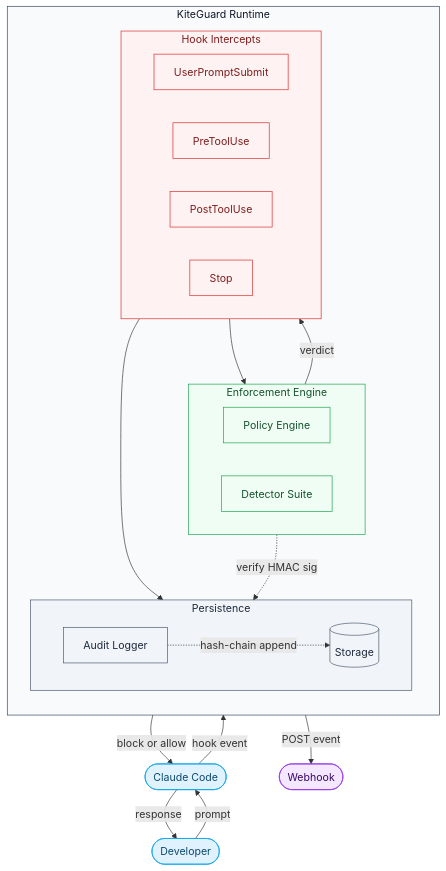
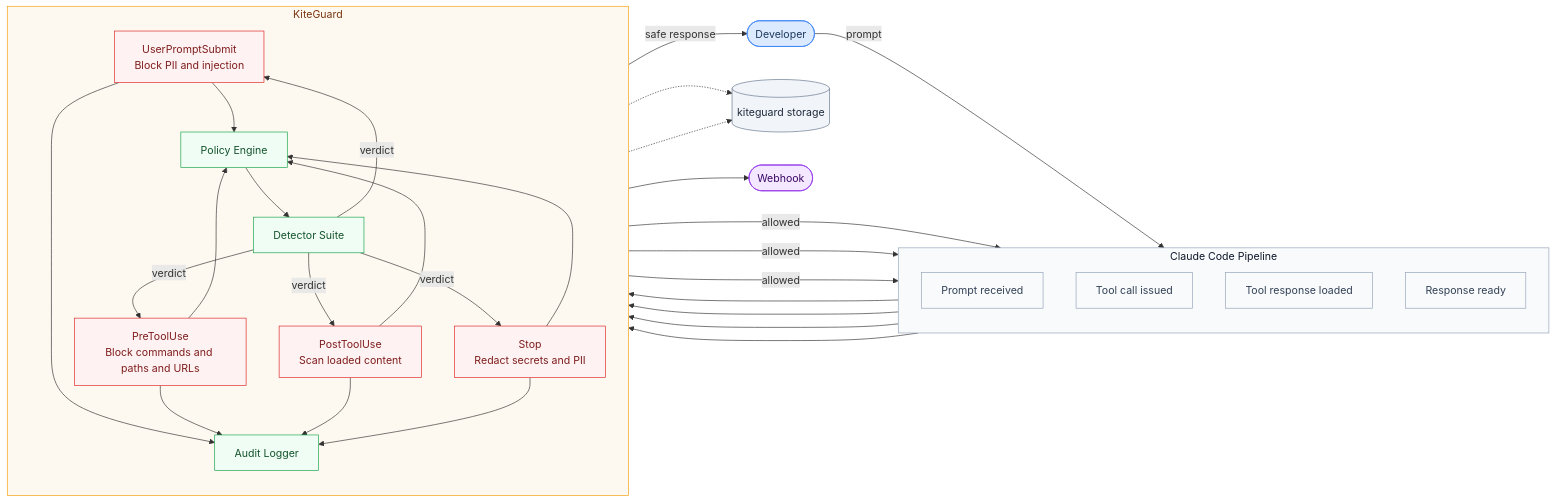
Before and after one commit to DhivakaranRavi/kiteguard: the diagram in README.md, drawn with Mermaid.

Commit message:
docs: redesign architecture diagram with pipeline and enforcement columns

````diff
--- a/README.md
+++ b/README.md
@@ -54,61 +54,74 @@
 ```mermaid
-graph TD
+graph LR
     DEV([Developer])
-    CC([Claude Code])
 
-    DEV -->|prompt| CC
-    CC  -->|hook event| KG
-    KG  -->|block or allow| CC
-    CC  -->|response| DEV
-
-    subgraph KG[KiteGuard Runtime]
+    subgraph PIPELINE[Claude Code Pipeline]
         direction TB
-
-        subgraph HOOKS[Hook Intercepts]
-            direction LR
-            H1[UserPromptSubmit]
-            H2[PreToolUse]
-            H3[PostToolUse]
-            H4[Stop]
-        end
-
-        subgraph ENGINE[Enforcement Engine]
-            direction LR
-            PE[Policy Engine]
-            DET[Detector Suite]
-        end
-
-        subgraph PERSIST[Persistence]
-            direction LR
-            LOG[Audit Logger]
-            STORE[(Storage)]
-        end
-
-        HOOKS --> ENGINE
-        ENGINE -->|verdict| HOOKS
-        HOOKS --> LOG
-        PE -.->|verify HMAC sig| STORE
-        LOG -.->|hash-chain append| STORE
+        P1[Prompt received]
+        P2[Tool call issued]
+        P3[Tool response loaded]
+        P4[Response ready]
     end
 
-    LOG -->|POST event| WH([Webhook])
+    subgraph KG[KiteGuard]
+        direction TB
+        H1[UserPromptSubmit\nBlock PII and injection]
+        H2[PreToolUse\nBlock commands and paths and URLs]
+        H3[PostToolUse\nScan loaded content]
+        H4[Stop\nRedact secrets and PII]
+        PE[Policy Engine]
+        DET[Detector Suite]
+        LOG[Audit Logger]
+    end
 
-    style DEV  fill:#e0f2fe,stroke:#0ea5e9,color:#0c4a6e
-    style CC   fill:#e0f2fe,stroke:#0ea5e9,color:#0c4a6e
-    style WH   fill:#f3e8ff,stroke:#9333ea,color:#3b0764
+    STORE[(kiteguard storage)]
+    WH([Webhook])
 
-    style KG    fill:#f8fafc,stroke:#334155,color:#0f172a
-    style HOOKS fill:#fef2f2,stroke:#dc2626,color:#7f1d1d
-    style H1    fill:#fef2f2,stroke:#dc2626,color:#7f1d1d
-    style H2    fill:#fef2f2,stroke:#dc2626,color:#7f1d1d
-    style H3    fill:#fef2f2,stroke:#dc2626,color:#7f1d1d
-    style H4    fill:#fef2f2,stroke:#dc2626,color:#7f1d1d
+    DEV -->|prompt| P1
+    P1  --> H1
+    H1 -->|allowed| P2
+    P2  --> H2
+    H2 -->|allowed| P3
+    P3  --> H3
+    H3 -->|allowed| P4
+    P4  --> H4
+    H4 -->|safe response| DEV
 
-    style ENGINE fill:#f0fdf4,stroke:#16a34a,color:#14532d
-    style PE     fill:#f0fdf4,stroke:#16a34a,color:#14532d
-    style DET    fill:#f0fdf4,stroke:#16a34a,color:#14532d
+    H1 --> PE
+    H2 --> PE
+    H3 --> PE
+    H4 --> PE
+    PE  --> DET
+    DET -->|verdict| H1
+    DET -->|verdict| H2
+    DET -->|verdict| H3
+    DET -->|verdict| H4
 
-    style PERSIST fill:#f1f5f9,stroke:#475569,color:#1e293b
-    style LOG     fill:#f1f5f9,stroke:#475569,color:#1e293b
-    style STORE   fill:#f1f5f9,stroke:#475569,color:#1e293b
+    H1  --> LOG
+    H2  --> LOG
+    H3  --> LOG
+    H4  --> LOG
+    PE  -.-> STORE
+    LOG -.-> STORE
+    LOG --> WH
+
+    style DEV  fill:#dbeafe,stroke:#3b82f6,color:#1e3a5f
+
+    style PIPELINE fill:#f8fafc,stroke:#94a3b8,color:#0f172a
+    style P1 fill:#f8fafc,stroke:#94a3b8,color:#334155
+    style P2 fill:#f8fafc,stroke:#94a3b8,color:#334155
+    style P3 fill:#f8fafc,stroke:#94a3b8,color:#334155
+    style P4 fill:#f8fafc,stroke:#94a3b8,color:#334155
+
+    style KG  fill:#fef9f0,stroke:#f59e0b,color:#78350f
+    style H1  fill:#fef2f2,stroke:#dc2626,color:#7f1d1d
+    style H2  fill:#fef2f2,stroke:#dc2626,color:#7f1d1d
+    style H3  fill:#fef2f2,stroke:#dc2626,color:#7f1d1d
+    style H4  fill:#fef2f2,stroke:#dc2626,color:#7f1d1d
+    style PE  fill:#f0fdf4,stroke:#16a34a,color:#14532d
+    style DET fill:#f0fdf4,stroke:#16a34a,color:#14532d
+    style LOG fill:#f0fdf4,stroke:#16a34a,color:#14532d
+
+    style STORE fill:#f1f5f9,stroke:#64748b,color:#1e293b
+    style WH    fill:#f3e8ff,stroke:#9333ea,color:#3b0764
 ```
````
